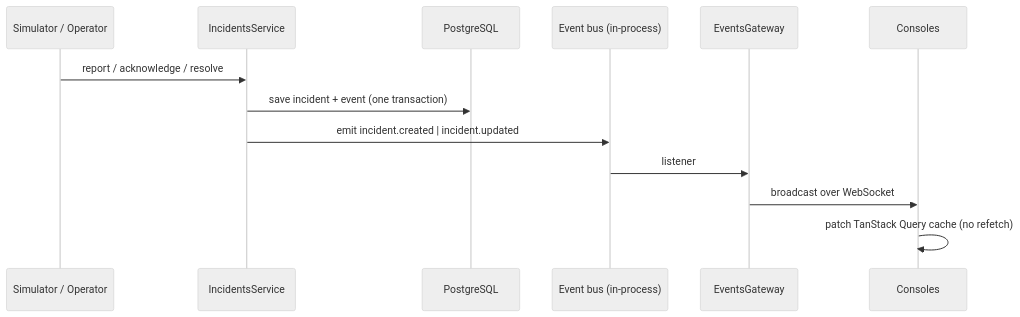
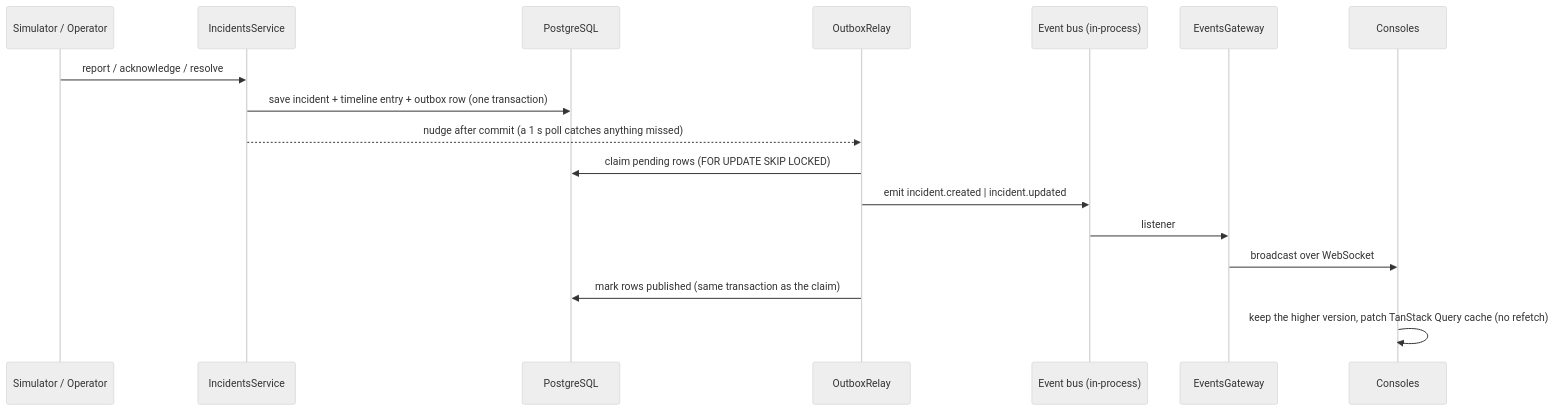
The fourth of 4 diagrams in docs/architecture.md (truongtankhanh/ops-command-center), drawn with Mermaid (neutral theme) before and after one commit. The commit also changed other lines of this file and 14 other files, not shown here.

Commit message:
IMP-06: deliver incident events through a transactional outbox (#2)

````diff
--- a/docs/architecture.md
+++ b/docs/architecture.md
@@ -91,16 +91,20 @@
 ```mermaid
 sequenceDiagram
   participant S as Simulator / Operator
   participant IS as IncidentsService
   participant DB as PostgreSQL
+  participant R as OutboxRelay
   participant EB as Event bus (in-process)
   participant GW as EventsGateway
   participant C as Consoles
 
   S->>IS: report / acknowledge / resolve
-  IS->>DB: save incident + event (one transaction)
-  IS->>EB: emit incident.created | incident.updated
+  IS->>DB: save incident + timeline entry + outbox row (one transaction)
+  IS-->>R: nudge after commit (a 1 s poll catches anything missed)
+  R->>DB: claim pending rows (FOR UPDATE SKIP LOCKED)
+  R->>EB: emit incident.created | incident.updated
   EB->>GW: listener
   GW->>C: broadcast over WebSocket
-  C->>C: patch TanStack Query cache (no refetch)
+  R->>DB: mark rows published (same transaction as the claim)
+  C->>C: keep the higher version, patch TanStack Query cache (no refetch)
 ```
````
